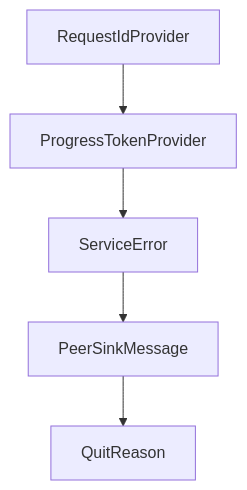
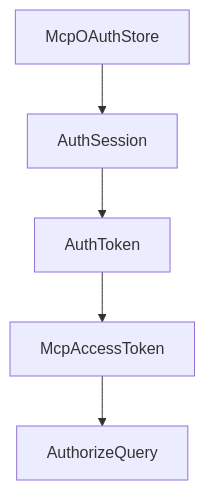
The diagram in tutorials/mcp-rust-sdk-tutorial/06-oauth-security-and-auth-workflows.md (johnxie/awesome-code-docs), drawn with Mermaid before and after one commit. The commit also changed other lines of this file and 1232 other files, not shown here.

````diff
--- a/tutorials/mcp-rust-sdk-tutorial/06-oauth-security-and-auth-workflows.md
+++ b/tutorials/mcp-rust-sdk-tutorial/06-oauth-security-and-auth-workflows.md
@@ -213,12 +211,12 @@
 ```mermaid
 flowchart TD
-    A[RequestIdProvider]
-    B[ProgressTokenProvider]
-    C[ServiceError]
-    D[PeerSinkMessage]
-    E[QuitReason]
+    A[McpOAuthStore]
+    B[AuthSession]
+    C[AuthToken]
+    D[McpAccessToken]
+    E[AuthorizeQuery]
     A --> B
     B --> C
     C --> D
     D --> E
 ```
````
